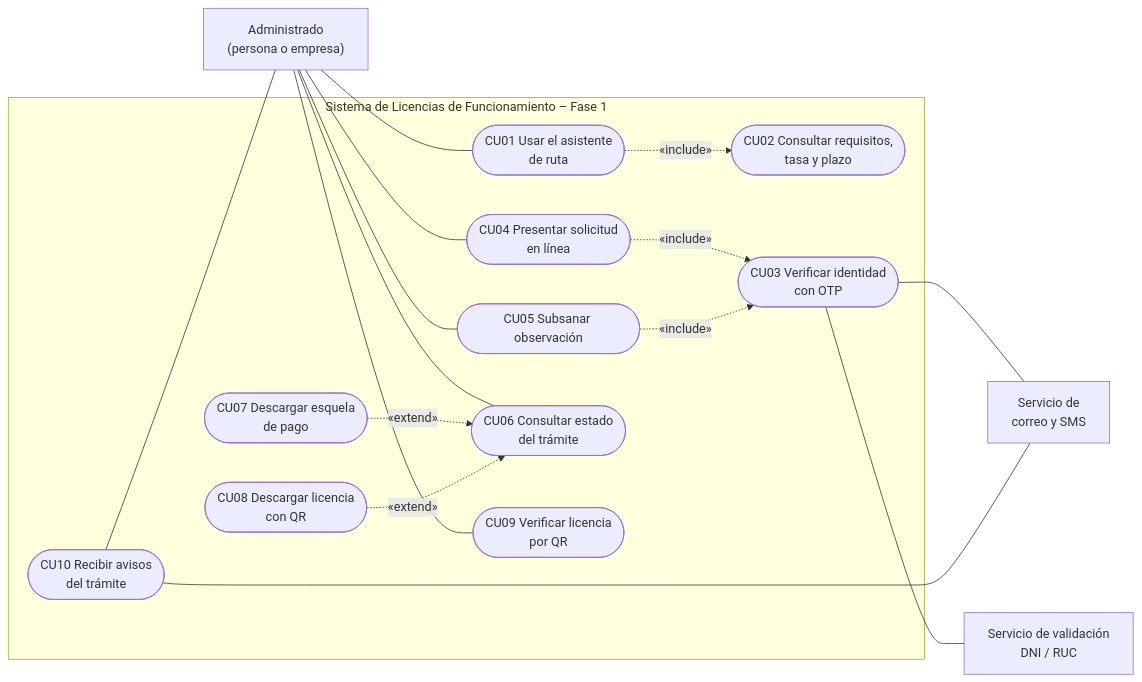
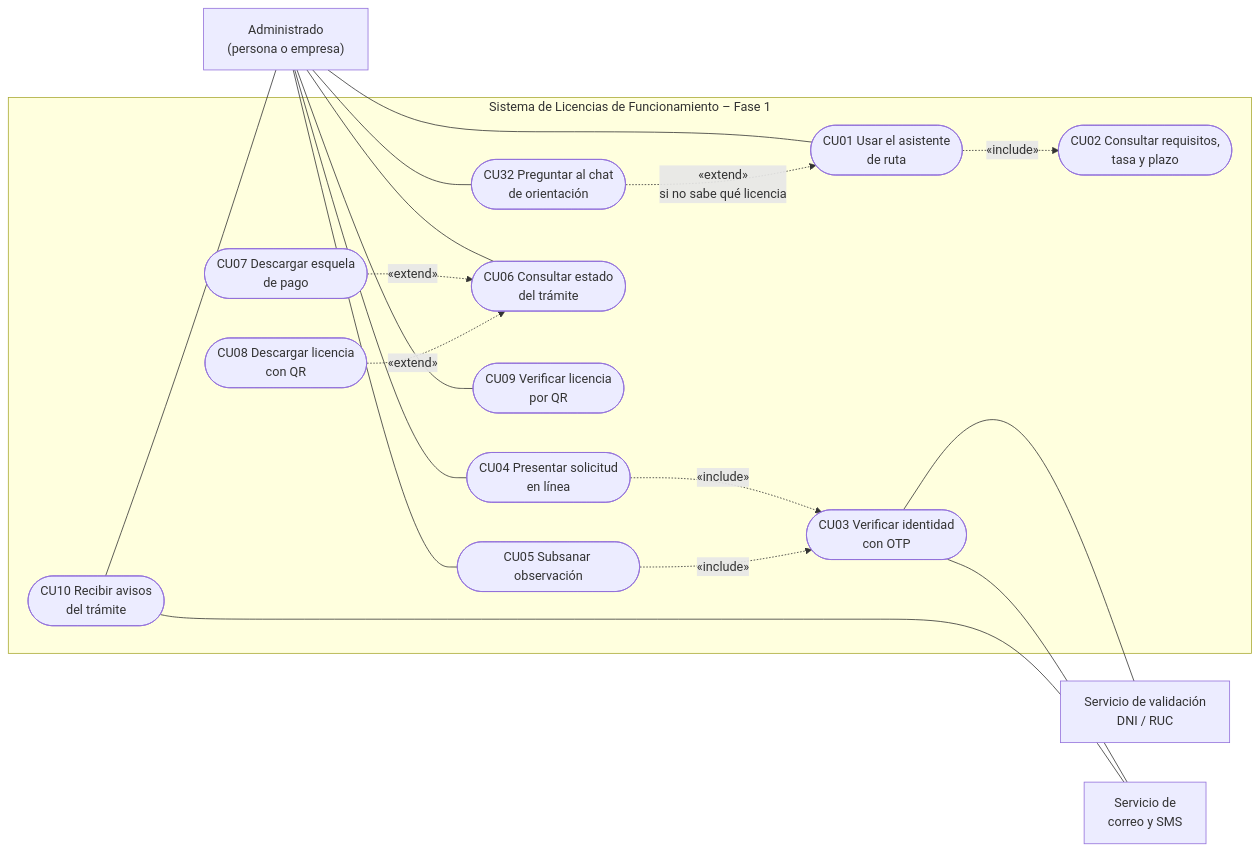
One commit to yeymyloson18/Licencias-Huanta-arquitSoft-JEIMY changed the first of 3 diagrams in docs/03-diseno-de-software/diagrama-casos-de-uso.md. Above: the diagram before and after it, drawn with Mermaid. The commit also changed other lines of this file and 89 other files, not shown here.

````diff
--- a/docs/03-diseno-de-software/diagrama-casos-de-uso.md
+++ b/docs/03-diseno-de-software/diagrama-casos-de-uso.md
@@ -18,34 +18,37 @@
 ```mermaid
 flowchart LR
     ADM["Administrado<br/>(persona o empresa)"]
     DNI["Servicio de validación<br/>DNI / RUC"]
     SMS["Servicio de<br/>correo y SMS"]
 
     subgraph SIS["Sistema de Licencias de Funcionamiento – Fase 1"]
         CU01(["CU01 Usar el asistente<br/>de ruta"])
         CU02(["CU02 Consultar requisitos,<br/>tasa y plazo"])
         CU03(["CU03 Verificar identidad<br/>con OTP"])
         CU04(["CU04 Presentar solicitud<br/>en línea"])
         CU05(["CU05 Subsanar observación"])
         CU06(["CU06 Consultar estado<br/>del trámite"])
         CU07(["CU07 Descargar esquela<br/>de pago"])
         CU08(["CU08 Descargar licencia<br/>con QR"])
         CU09(["CU09 Verificar licencia<br/>por QR"])
         CU10(["CU10 Recibir avisos<br/>del trámite"])
+        CU32(["CU32 Preguntar al chat<br/>de orientación"])
     end
 
     ADM --- CU01
     ADM --- CU04
     ADM --- CU05
     ADM --- CU06
     ADM --- CU09
+    ADM --- CU32
+    CU32 -.->|«extend»<br/>si no sabe qué licencia| CU01
     CU01 -.->|«include»| CU02
     CU04 -.->|«include»| CU03
     CU05 -.->|«include»| CU03
     CU07 -.->|«extend»| CU06
     CU08 -.->|«extend»| CU06
     CU03 --- DNI
     CU03 --- SMS
     CU10 --- SMS
     CU10 --- ADM
 ```
````
